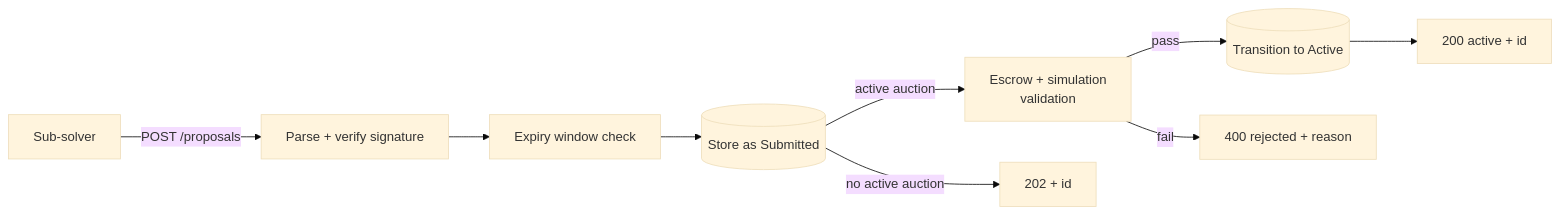
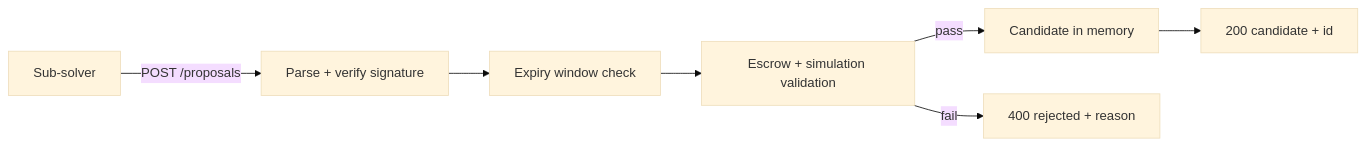
Before and after one commit to bleu/byos-docs: the first of 3 diagrams in service.md, drawn with Mermaid (base theme). The commit also changed other lines of this file and 2 other files, not shown here.

````diff
--- a/service.md
+++ b/service.md
@@ -22,11 +22,9 @@
 ```mermaid
 flowchart LR
     SS[Sub-solver] -->|POST /proposals| PR[Parse + verify signature]
     PR --> EX[Expiry window check]
-    EX --> DB[(Store as Submitted)]
-    DB -->|active auction| V[Escrow + simulation\nvalidation]
-    V -->|pass| ACT[(Transition to Active)]
-    ACT --> R200[200 active + id]
+    EX --> V[Escrow + simulation validation]
+    V -->|pass| C[Candidate in memory]
+    C --> R200[200 candidate + id]
     V -->|fail| R400[400 rejected + reason]
-    DB -->|no active auction| R202[202 + id]
 ```
````
